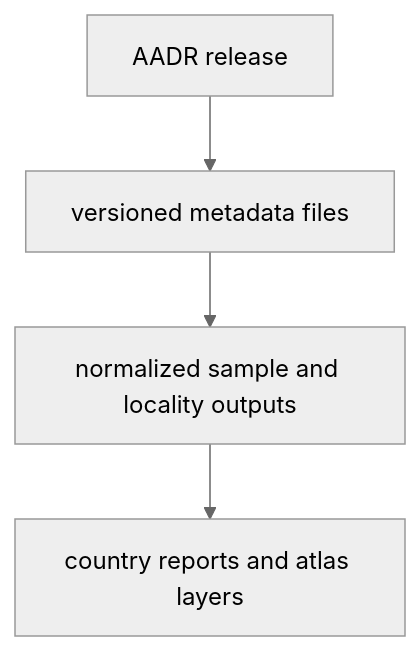
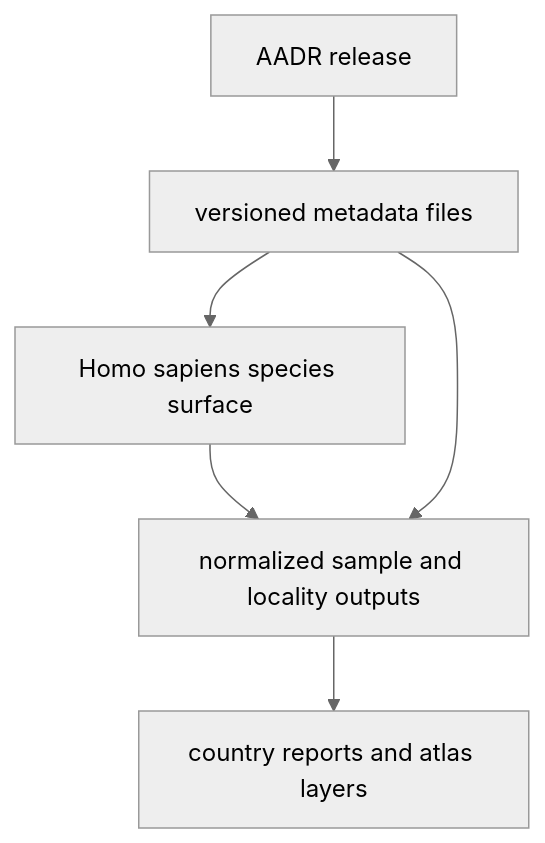
Before and after one commit to bijux/bijux-pollenomics: the diagram in docs/02-bijux-pollenomics-data/sources/aadr.md, drawn with Mermaid (neutral theme). The commit also changed other lines of this file and 7 other files, not shown here.

````diff
--- a/docs/02-bijux-pollenomics-data/sources/aadr.md
+++ b/docs/02-bijux-pollenomics-data/sources/aadr.md
@@ -16,11 +17,14 @@
 ```mermaid
 flowchart TB
     release["AADR release"]
+    species["Homo sapiens species surface"]
     metadata["versioned metadata files"]
     normalized["normalized sample and locality outputs"]
     publication["country reports and atlas layers"]
 
     release --> metadata
+    metadata --> species
+    species --> normalized
     metadata --> normalized
     normalized --> publication
 ```
````
